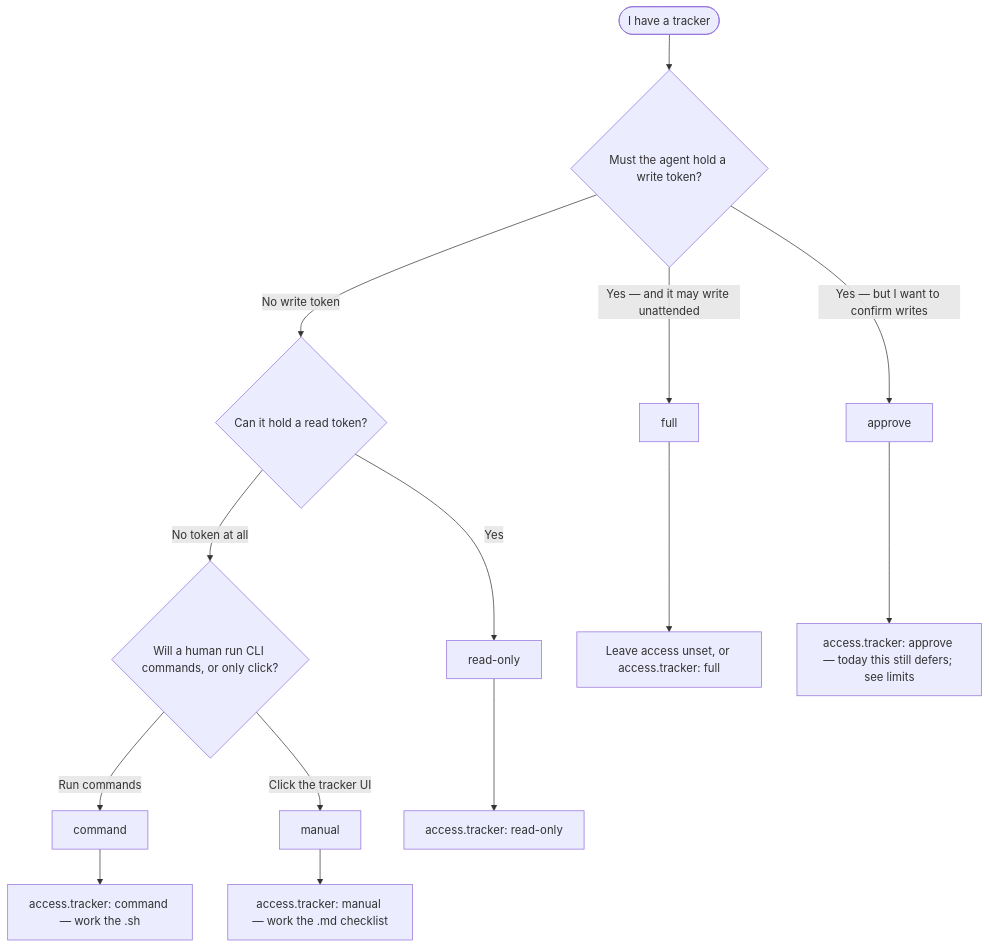
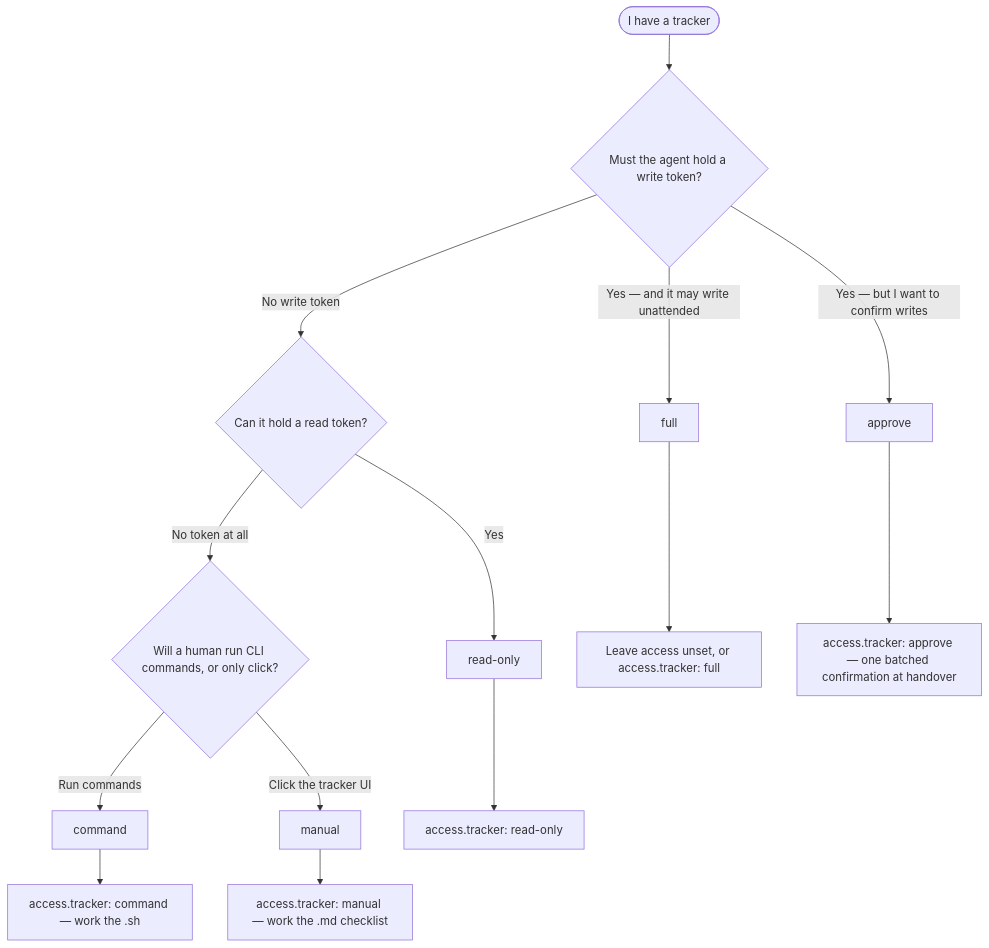
The diagram in docs/concepts/which-access.md (Gamaroff/agent-skills), drawn with Mermaid before and after one commit. The commit also changed 16 other files, not shown here.

````diff
--- a/docs/concepts/which-access.md
+++ b/docs/concepts/which-access.md
@@ -21,20 +21,20 @@
 ```mermaid
 flowchart TD
     Start([I have a tracker]) --> Q1{Must the agent hold a write token?}
 
     Q1 -->|Yes — and it may write unattended| Full["full"]
     Q1 -->|Yes — but I want to confirm writes| Approve["approve"]
     Q1 -->|No write token| Q2{Can it hold a read token?}
 
     Q2 -->|Yes| RO["read-only"]
     Q2 -->|No token at all| Q3{Will a human run CLI commands, or only click?}
 
     Q3 -->|Run commands| Command["command"]
     Q3 -->|Click the tracker UI| Manual["manual"]
 
     Full --> FullLink["Leave access unset, or access.tracker: full"]
-    Approve --> ApproveLink["access.tracker: approve — today this still defers; see limits"]
+    Approve --> ApproveLink["access.tracker: approve — one batched confirmation at handover"]
     RO --> RoLink["access.tracker: read-only"]
     Command --> CmdLink["access.tracker: command — work the .sh"]
     Manual --> ManLink["access.tracker: manual — work the .md checklist"]
 ```
````
